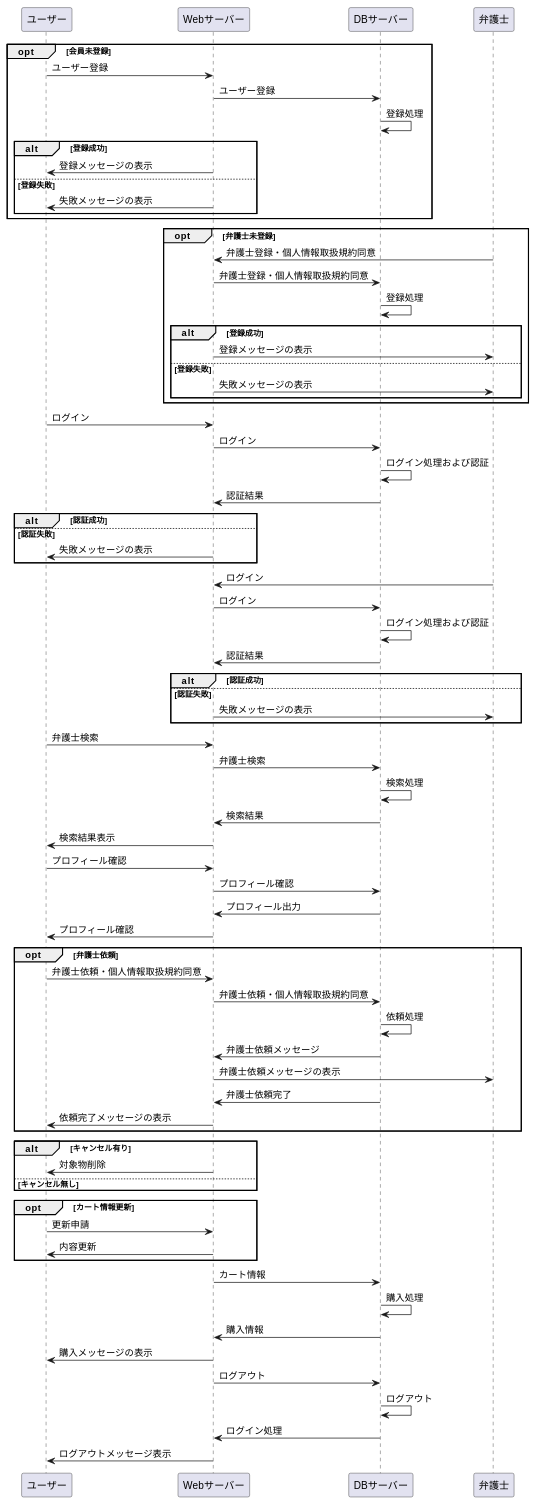
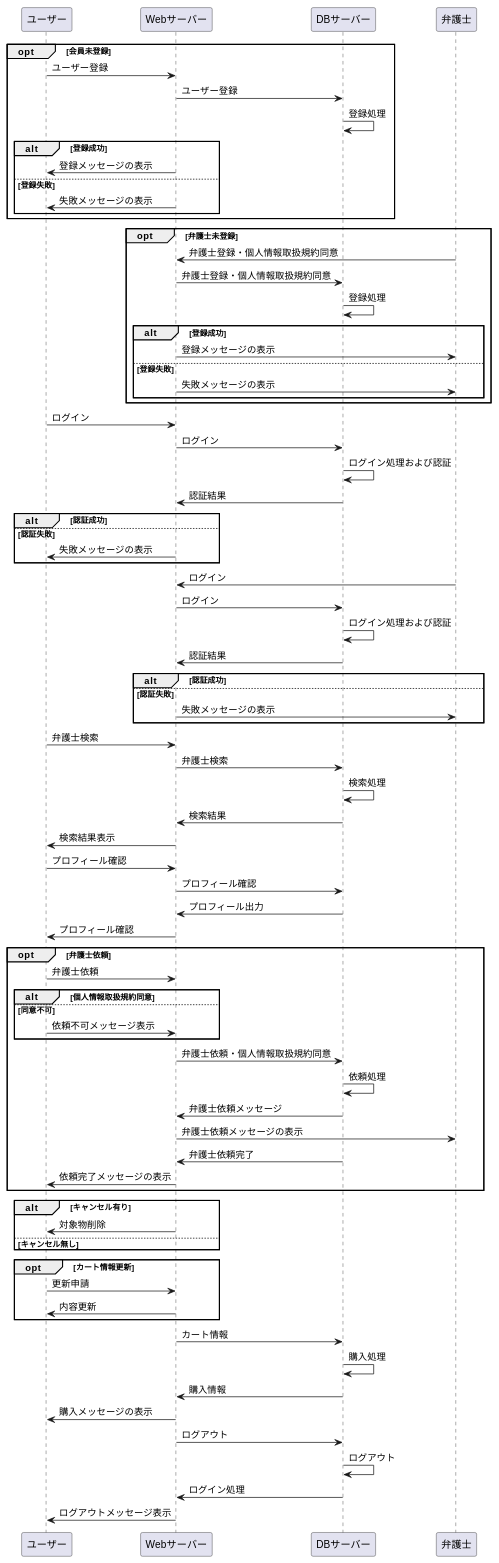
The diagram in bengoshi-syoukai.md (Aso2001374/2021sys-design), drawn with PlantUML before and after one commit.

```diff
--- a/bengoshi-syoukai.md
+++ b/bengoshi-syoukai.md
@@ -86,7 +86,14 @@
 
 opt 弁護士依頼
 
-ユーザー -> Webサーバー:弁護士依頼・個人情報取扱規約同意
+ユーザー -> Webサーバー:弁護士依頼
+
+              alt 個人情報取扱規約同意
+              else 同意不可
+              ユーザー -> Webサーバー:依頼不可メッセージ表示
+              end
+
+
 Webサーバー -> DBサーバー:弁護士依頼・個人情報取扱規約同意
 DBサーバー -> DBサーバー:依頼処理
 DBサーバー -> Webサーバー:弁護士依頼メッセージ
```
